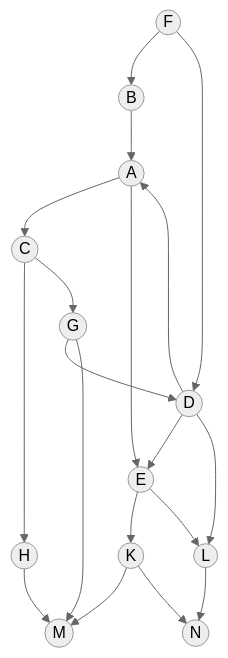
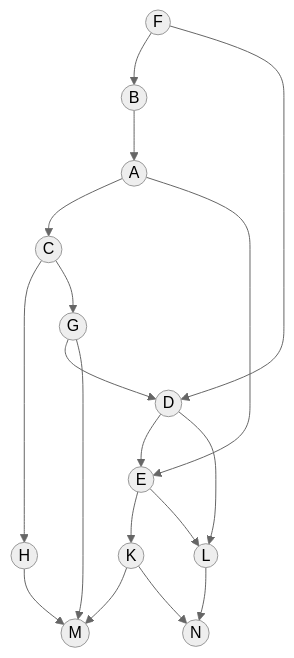
The first of 5 diagrams in task-7/mikhailkrug.md (hse-algo-24-owl/manual-tasks-owl), drawn with Mermaid (neutral theme) before and after one commit. The commit also changed other lines of this file, not shown here.

````diff
--- a/task-7/mikhailkrug.md
+++ b/task-7/mikhailkrug.md
@@ -12,23 +13,21 @@
 ```mermaid
 graph TB
 
 F((F))-->B((B))
 F-->D((D))
 G((G))-->D
 B-->A((A))
-D-->A
 D-->E((E))
 D-->L((L))
 A-->C((C))
 A-->E
 C-->H((H))
 C-->G((G))
 E-->K((K))
 E-->L
 H-->M((M))
 G-->M
 K-->M
 K-->N((N))
 L-->N
-
 ```
````
